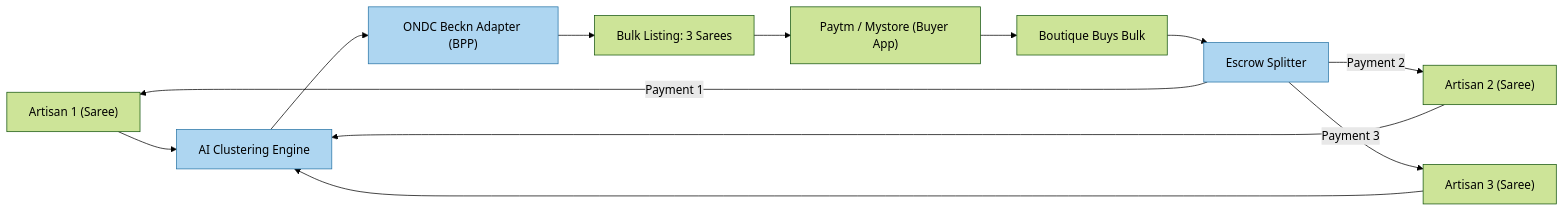
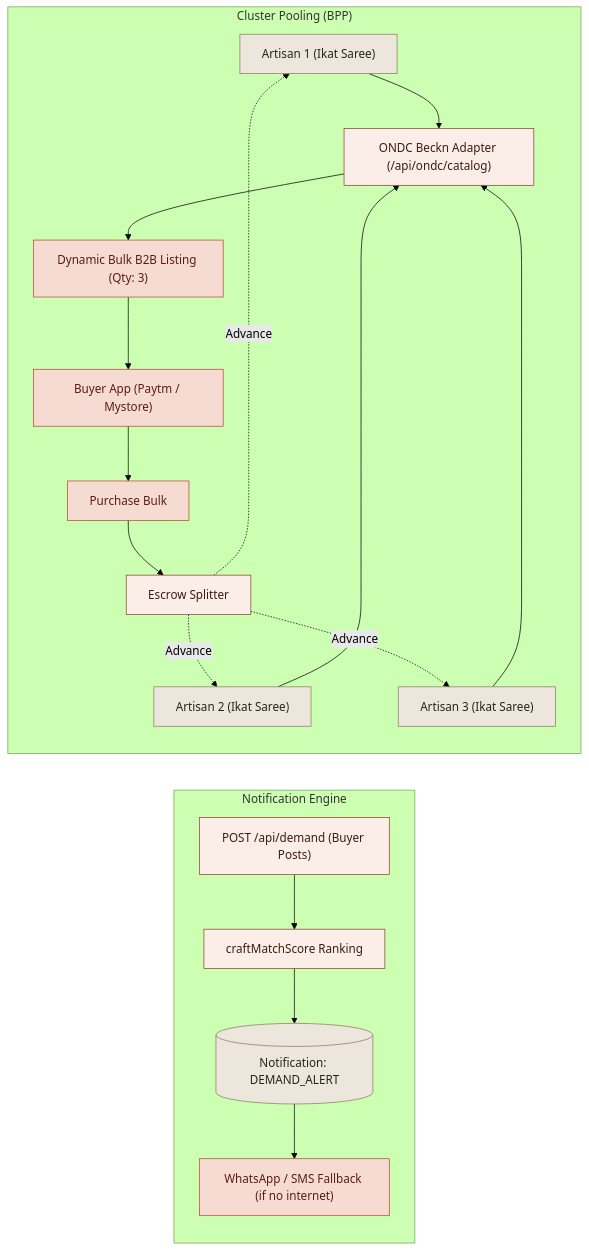
The sixth of 6 diagrams in docs/KARIGARI_FLOWCHARTS.md (MNSTIC/KARIGARI), drawn with Mermaid (forest theme) before and after one commit. The commit also changed other lines of this file, not shown here.

Commit message:
docs: strictly align flowcharts with WORKFLOW.md routing and advanced features

````diff
--- a/docs/KARIGARI_FLOWCHARTS.md
+++ b/docs/KARIGARI_FLOWCHARTS.md
@@ -217,19 +229,28 @@
 ```mermaid
 graph LR
-  classDef sys fill:#aed6f1,stroke:#2874a6;
-  
-  A1["Artisan 1 (Saree)"] --> POOL["AI Clustering Engine"]:::sys
-  A2["Artisan 2 (Saree)"] --> POOL
-  A3["Artisan 3 (Saree)"] --> POOL
-  
-  POOL --> BPP["ONDC Beckn Adapter (BPP)"]:::sys
-  BPP --> LISTING["Bulk Listing: 3 Sarees"]
-  
-  LISTING --> BUYER_APP["Paytm / Mystore (Buyer App)"]
-  BUYER_APP --> PURCHASE["Boutique Buys Bulk"]
-  
-  PURCHASE --> ESCROW["Escrow Splitter"]:::sys
-  ESCROW -->|Payment 1| A1
-  ESCROW -->|Payment 2| A2
-  ESCROW -->|Payment 3| A3
+  classDef api fill:#FBEDE7,stroke:#8F412F,color:#3A1E16;
+  classDef db fill:#ECE6DC,stroke:#8A7B63,color:#2A2418;
+  classDef ext fill:#F6DBD3,stroke:#B14B39,color:#5A1E12;
+
+  subgraph "Notification Engine"
+    DEMAND["POST /api/demand (Buyer Posts)"]:::api
+    DEMAND --> RANK["craftMatchScore Ranking"]:::api
+    RANK --> NROWS[("Notification: DEMAND_ALERT")]:::db
+    NROWS --> SMS["WhatsApp / SMS Fallback (if no internet)"]:::ext
+  end
+
+  subgraph "Cluster Pooling (BPP)"
+    A1["Artisan 1 (Ikat Saree)"]:::db --> BPP["ONDC Beckn Adapter (/api/ondc/catalog)"]:::api
+    A2["Artisan 2 (Ikat Saree)"]:::db --> BPP
+    A3["Artisan 3 (Ikat Saree)"]:::db --> BPP
+    
+    BPP --> AGGREGATE["Dynamic Bulk B2B Listing (Qty: 3)"]:::ext
+    AGGREGATE --> BAPP["Buyer App (Paytm / Mystore)"]:::ext
+    
+    BAPP --> PAY["Purchase Bulk"]:::ext
+    PAY --> SPLIT["Escrow Splitter"]:::api
+    SPLIT -.->|Advance| A1
+    SPLIT -.->|Advance| A2
+    SPLIT -.->|Advance| A3
+  end
 ```
````
